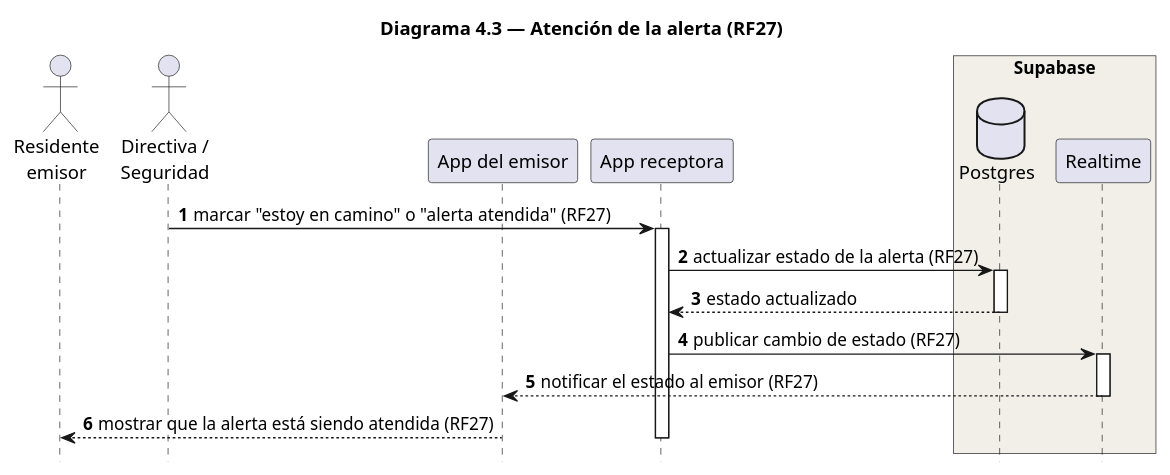
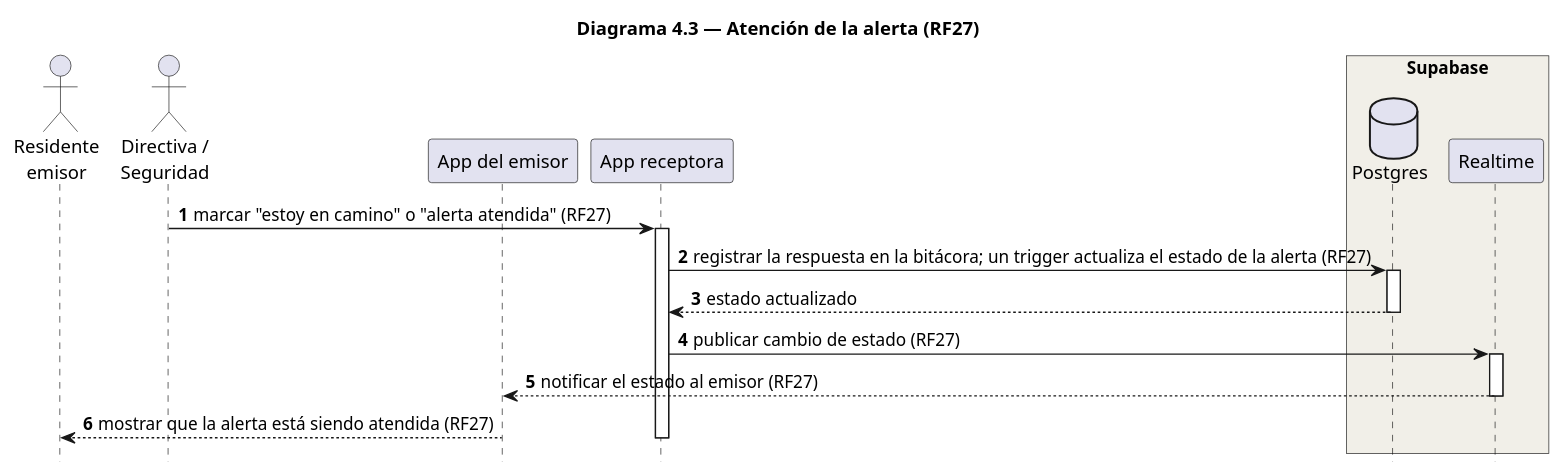
The diagram in docs/Arquitectura/secuencia/diagrama4_3_atencionAlerta.puml (liusamfung/neighborgood-project), drawn with PlantUML before and after one commit. The commit also changed 5 other files, not shown here.

First line of the commit message:
Documenta la migración: README, CLAUDE.md, CONTEXTO, notas del modelo y diagramas 2.3 y 4.3

```diff
--- a/docs/Arquitectura/secuencia/diagrama4_3_atencionAlerta.puml
+++ b/docs/Arquitectura/secuencia/diagrama4_3_atencionAlerta.puml
@@ -1,29 +1,29 @@
 @startuml Diagrama4_3_AtencionAlerta
 title Diagrama 4.3 — Atención de la alerta (RF27)
 
 hide footbox
 autonumber
 
 actor "Residente\nemisor" as RES
 actor "Directiva /\nSeguridad" as ADM
 participant "App del emisor" as APPE
 participant "App receptora" as APPR
 
 box "Supabase" #F1EFE8
     database "Postgres" as DB
     participant "Realtime" as RT
 end box
 
 ADM -> APPR : marcar "estoy en camino" o "alerta atendida" (RF27)
 activate APPR
-APPR -> DB : actualizar estado de la alerta (RF27)
+APPR -> DB : registrar la respuesta en la bitácora; un trigger actualiza el estado de la alerta (RF27)
 activate DB
 DB --> APPR : estado actualizado
 deactivate DB
 APPR -> RT : publicar cambio de estado (RF27)
 activate RT
 RT --> APPE : notificar el estado al emisor (RF27)
 deactivate RT
 APPE --> RES : mostrar que la alerta está siendo atendida (RF27)
 deactivate APPR
 @enduml
```
